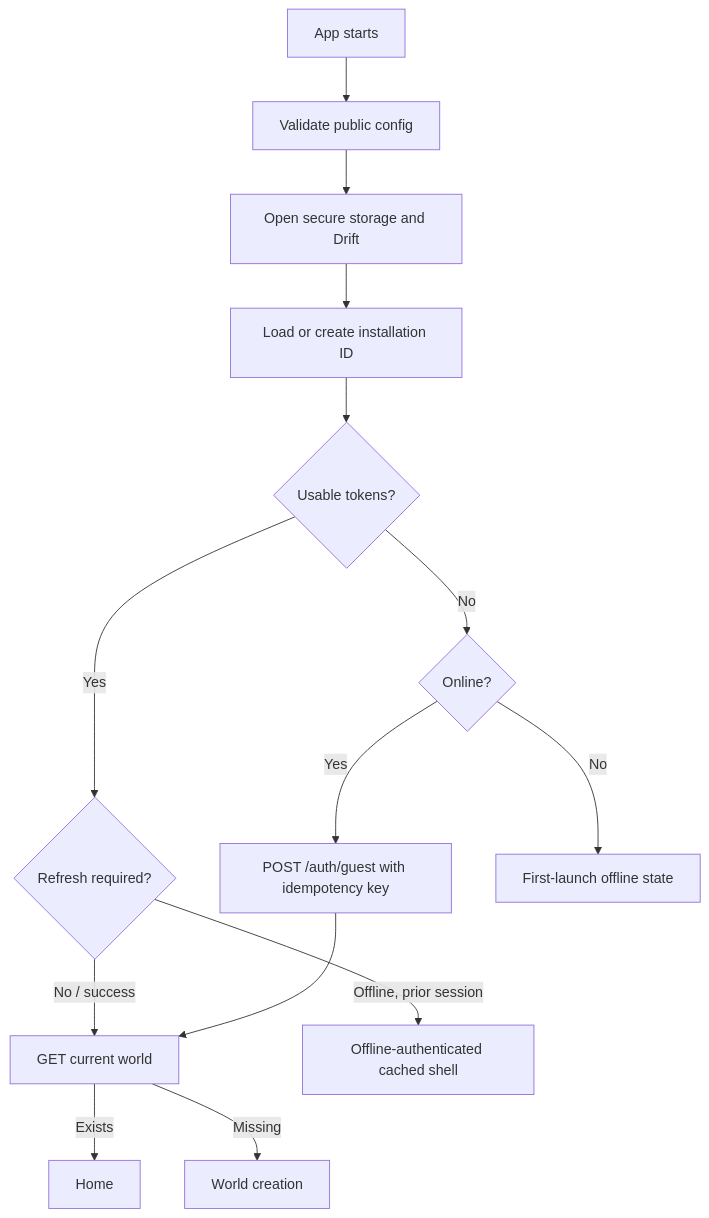
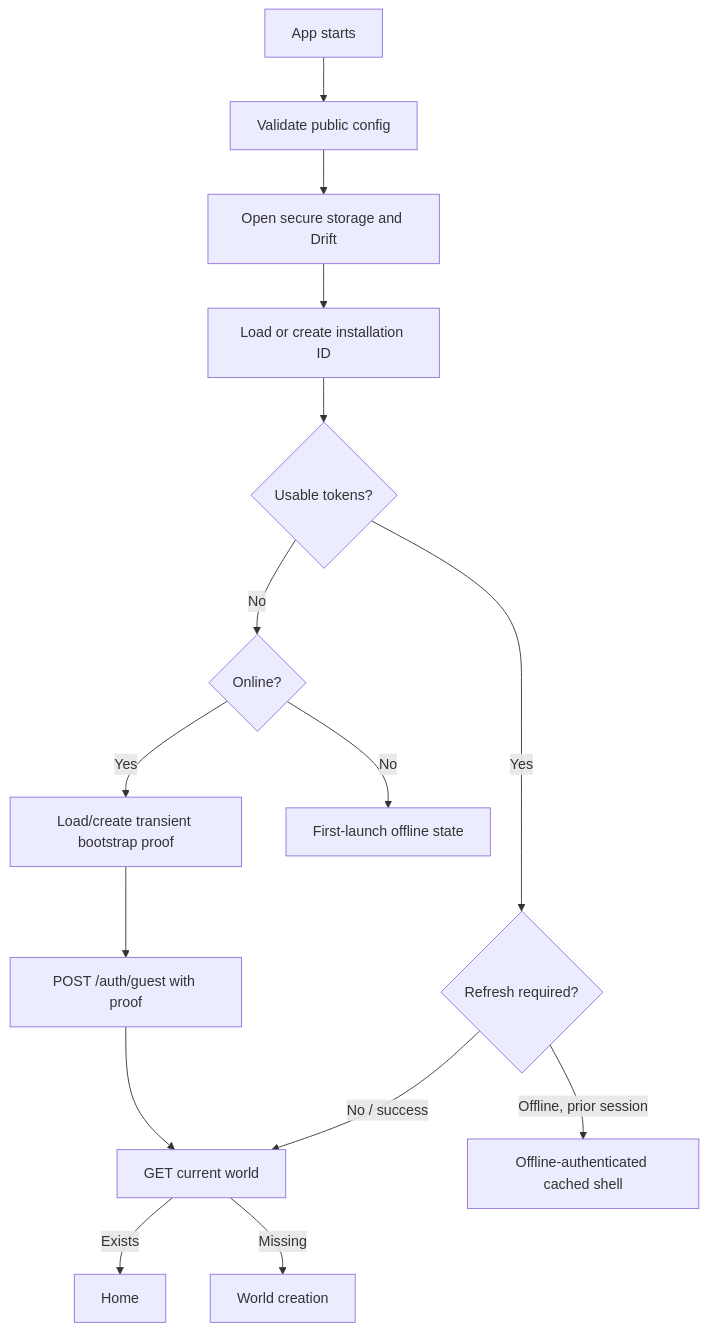
Before and after one commit to rajul-bhatnagar/parallel-world: the second of 7 diagrams in docs/development/FLUTTER_GUIDELINES.md, drawn with Mermaid. The commit also changed other lines of this file and 9 other files, not shown here.

Commit message:
docs(auth): define guest bootstrap recovery semantics

````diff
--- a/docs/development/FLUTTER_GUIDELINES.md
+++ b/docs/development/FLUTTER_GUIDELINES.md
@@ -122,16 +122,17 @@
 ```mermaid
 flowchart TD
     START["App starts"] --> CONFIG["Validate public config"]
     CONFIG --> STORES["Open secure storage and Drift"]
     STORES --> INSTALL["Load or create installation ID"]
     INSTALL --> TOKENS{"Usable tokens?"}
     TOKENS -->|"Yes"| REFRESH{"Refresh required?"}
     REFRESH -->|"No / success"| WORLD["GET current world"]
     TOKENS -->|"No"| ONLINE{"Online?"}
-    ONLINE -->|"Yes"| GUEST["POST /auth/guest with idempotency key"]
+    ONLINE -->|"Yes"| PROOF["Load/create transient bootstrap proof"]
+    PROOF --> GUEST["POST /auth/guest with proof"]
     GUEST --> WORLD
     ONLINE -->|"No"| FIRSTFAIL["First-launch offline state"]
     REFRESH -->|"Offline, prior session"| CACHE["Offline-authenticated cached shell"]
     WORLD -->|"Exists"| HOME["Home"]
     WORLD -->|"Missing"| CREATE["World creation"]
 ```
````
